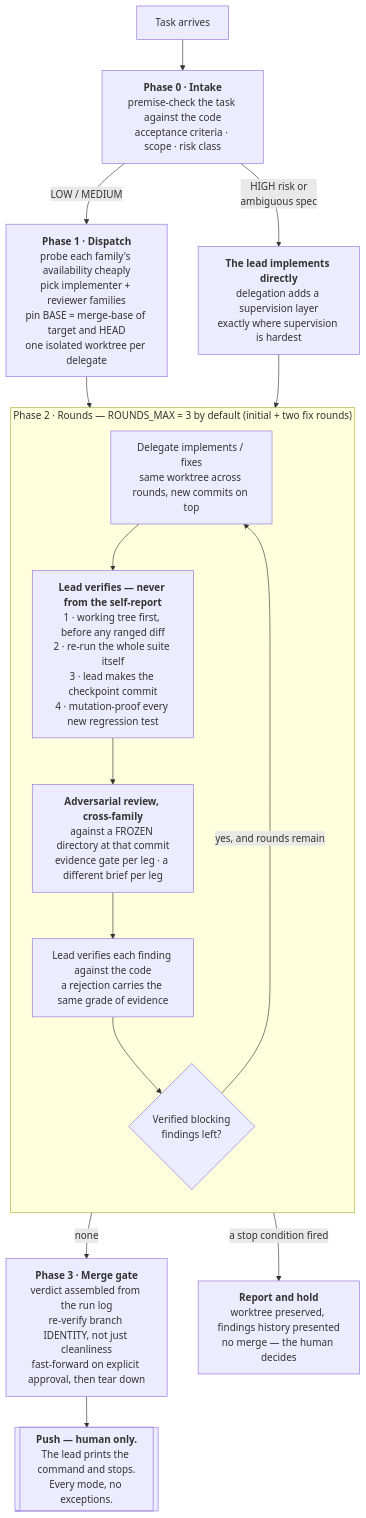
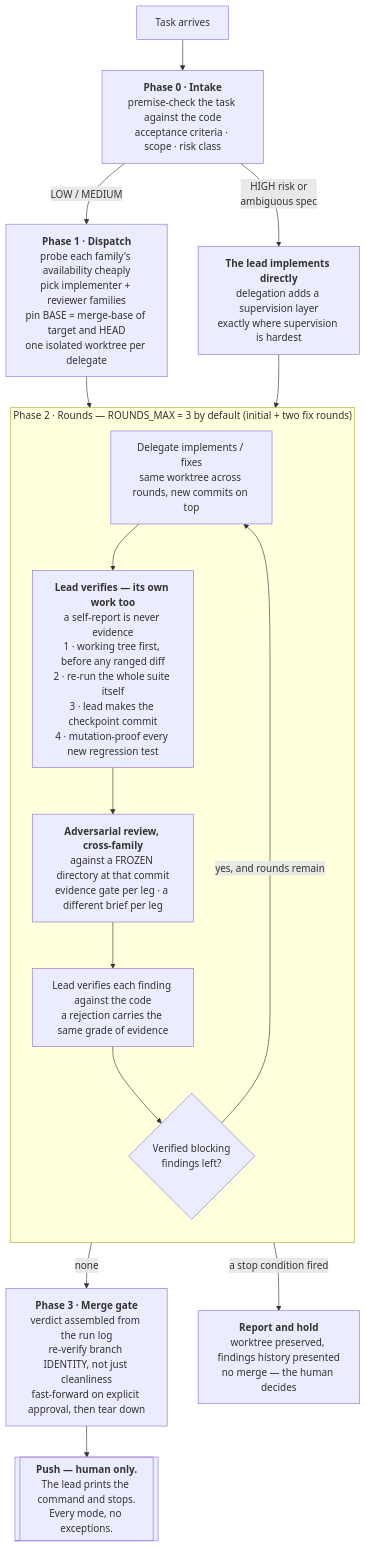
Before and after one commit to aarontzeng/dev-lead: the first of 2 diagrams in docs/workflow.md, drawn with Mermaid. The commit also changed other lines of this file and 1 other file, not shown here.

````diff
--- a/docs/workflow.md
+++ b/docs/workflow.md
@@ -11,22 +11,22 @@
 ```mermaid
 flowchart TD
     A["Task arrives"] --> B["<b>Phase 0 · Intake</b><br/>premise-check the task against the code<br/>acceptance criteria · scope · risk class"]
     B -->|"HIGH risk or<br/>ambiguous spec"| L["<b>The lead implements directly</b><br/>delegation adds a supervision layer<br/>exactly where supervision is hardest"]
     B -->|"LOW / MEDIUM"| D["<b>Phase 1 · Dispatch</b><br/>probe each family's availability cheaply<br/>pick implementer + reviewer families<br/>pin BASE = merge-base of target and HEAD<br/>one isolated worktree per delegate"]
     D --> R1
-    L --> R3
+    L --> R2
 
     subgraph R["Phase 2 · Rounds — ROUNDS_MAX = 3 by default (initial + two fix rounds)"]
         direction TB
         R1["Delegate implements / fixes<br/>same worktree across rounds, new commits on top"]
-        R1 --> R2["<b>Lead verifies — never from the self-report</b><br/>1 · working tree first, before any ranged diff<br/>2 · re-run the whole suite itself<br/>3 · lead makes the checkpoint commit<br/>4 · mutation-proof every new regression test"]
+        R1 --> R2["<b>Lead verifies — its own work too</b><br/>a self-report is never evidence<br/>1 · working tree first, before any ranged diff<br/>2 · re-run the whole suite itself<br/>3 · lead makes the checkpoint commit<br/>4 · mutation-proof every new regression test"]
         R2 --> R3["<b>Adversarial review, cross-family</b><br/>against a FROZEN directory at that commit<br/>evidence gate per leg · a different brief per leg"]
         R3 --> R4["Lead verifies each finding against the code<br/>a rejection carries the same grade of evidence"]
         R4 --> R5{"Verified blocking<br/>findings left?"}
         R5 -->|"yes, and rounds remain"| R1
     end
 
     R5 -->|"none"| M["<b>Phase 3 · Merge gate</b><br/>verdict assembled from the run log<br/>re-verify branch IDENTITY, not just cleanliness<br/>fast-forward on explicit approval, then tear down"]
     R5 -->|"a stop condition fired"| S["<b>Report and hold</b><br/>worktree preserved, findings history presented<br/>no merge — the human decides"]
     M --> P[["<b>Push — human only.</b><br/>The lead prints the command and stops.<br/>Every mode, no exceptions."]]
 ```
````
